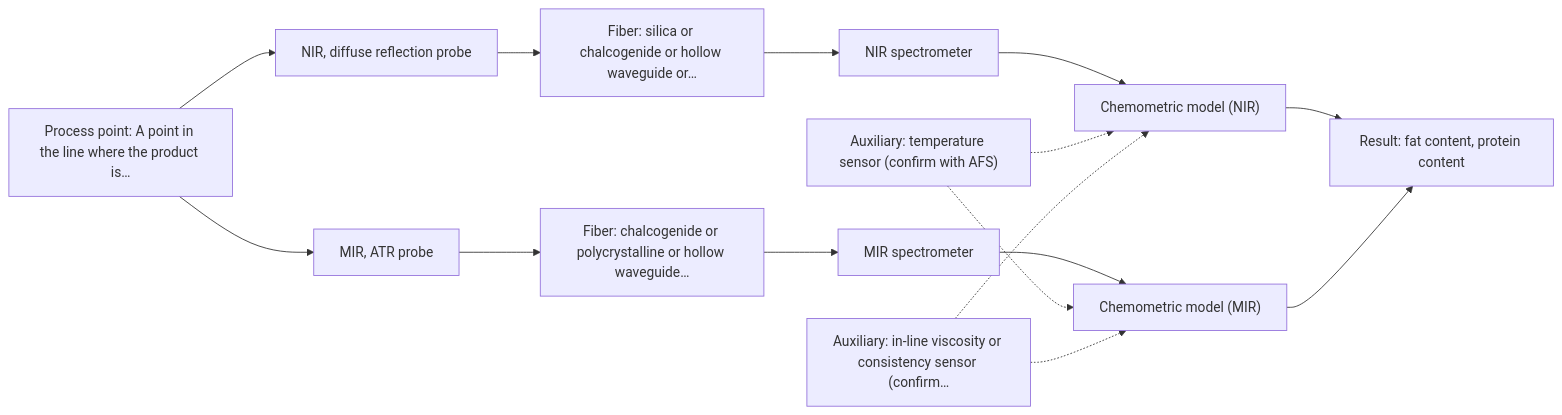
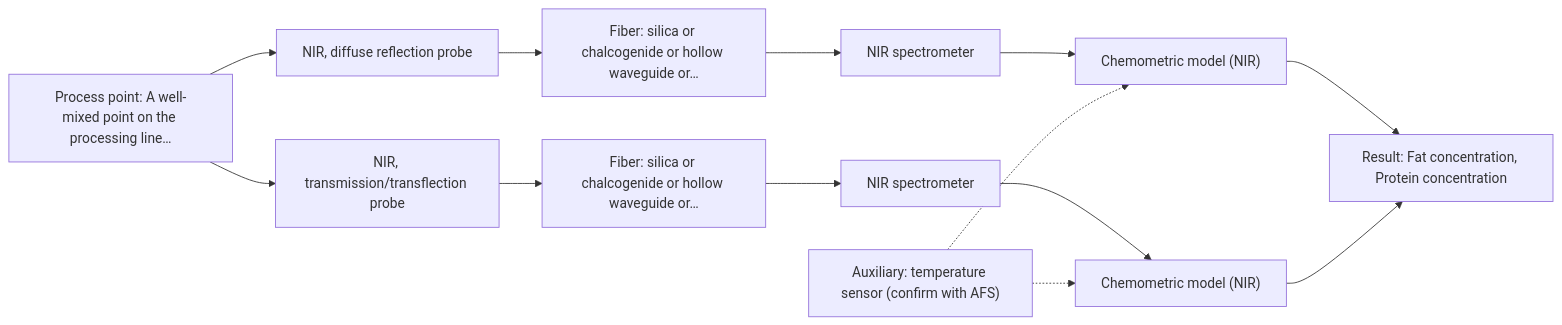
The diagram in outputs/dev/D02.md (sleipnir029/Afs-Spectroscopy-Assistant), drawn with Mermaid before and after one commit. The commit also changed other lines of this file and 41 other files, not shown here.

````diff
--- a/outputs/dev/D02.md
+++ b/outputs/dev/D02.md
@@ -38,29 +37,26 @@
 ```mermaid
 flowchart LR
-    proc["Process point: A point in the line where the product is…"]
+    proc["Process point: A well-mixed point on the processing line…"]
     probe1["NIR, diffuse reflection probe"]
     fiber1["Fiber: silica or chalcogenide or hollow waveguide or…"]
     spec1["NIR spectrometer"]
     model1["Chemometric model (NIR)"]
-    probe2["MIR, ATR probe"]
-    fiber2["Fiber: chalcogenide or polycrystalline or hollow waveguide…"]
-    spec2["MIR spectrometer"]
-    model2["Chemometric model (MIR)"]
-    result["Result: fat content, protein content"]
+    probe2["NIR, transmission/transflection probe"]
+    fiber2["Fiber: silica or chalcogenide or hollow waveguide or…"]
+    spec2["NIR spectrometer"]
+    model2["Chemometric model (NIR)"]
+    result["Result: Fat concentration, Protein concentration"]
     aux1["Auxiliary: temperature sensor (confirm with AFS)"]
-    aux2["Auxiliary: in-line viscosity or consistency sensor (confirm…"]
     proc --> probe1
     probe1 --> fiber1
     fiber1 --> spec1
     spec1 --> model1
     proc --> probe2
     probe2 --> fiber2
     fiber2 --> spec2
     spec2 --> model2
     model1 --> result
     model2 --> result
     aux1 -.-> model1
     aux1 -.-> model2
-    aux2 -.-> model1
-    aux2 -.-> model2
 ```
````
